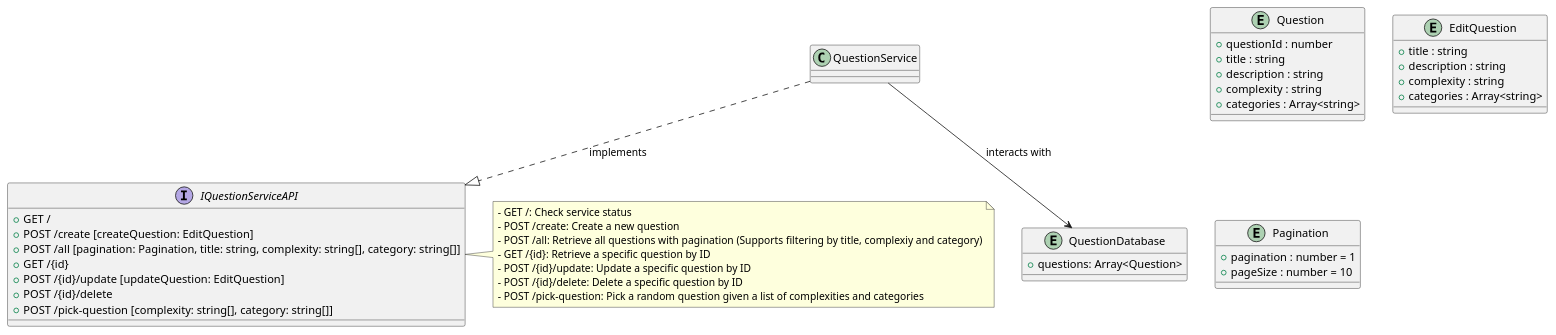
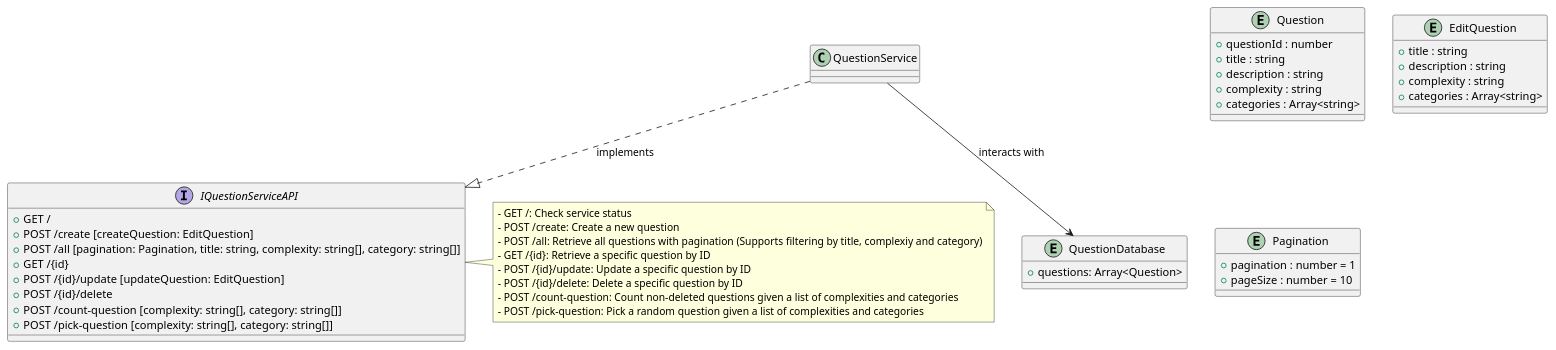
Before and after one commit to CS3219-AY2425S1/nus-cs3219-ay2425s1-cs3219-ay2425s1-project-project-template: the diagram in backend/question/docs/question.plantuml, drawn with PlantUML. The commit also changed 3 other files, not shown here.

```diff
--- a/backend/question/docs/question.plantuml
+++ b/backend/question/docs/question.plantuml
@@ -1,53 +1,55 @@
 @startuml Question Service
 
 entity Question {
   + questionId : number
   + title : string
   + description : string
   + complexity : string
   + categories : Array<string>
 }
 
 entity EditQuestion {
   + title : string
   + description : string
   + complexity : string
   + categories : Array<string>
 }
 
 entity Pagination {
   + pagination : number = 1
   + pageSize : number = 10
 }
 
 interface IQuestionServiceAPI {
   + GET /
   + POST /create [createQuestion: EditQuestion]
   + POST /all [pagination: Pagination, title: string, complexity: string[], category: string[]]
   + GET /{id}
   + POST /{id}/update [updateQuestion: EditQuestion]
   + POST /{id}/delete
+  + POST /count-question [complexity: string[], category: string[]]
   + POST /pick-question [complexity: string[], category: string[]]
 }
 
 note right of IQuestionServiceAPI
   - GET /: Check service status
   - POST /create: Create a new question
   - POST /all: Retrieve all questions with pagination (Supports filtering by title, complexiy and category)
   - GET /{id}: Retrieve a specific question by ID
   - POST /{id}/update: Update a specific question by ID
   - POST /{id}/delete: Delete a specific question by ID
+  - POST /count-question: Count non-deleted questions given a list of complexities and categories
   - POST /pick-question: Pick a random question given a list of complexities and categories
 end note
 
 class QuestionService {
 }
 
 entity QuestionDatabase {
   + questions: Array<Question>
 }
 
 QuestionService ..|> IQuestionServiceAPI : implements
 QuestionService --> QuestionDatabase : interacts with
 
 @enduml
```
